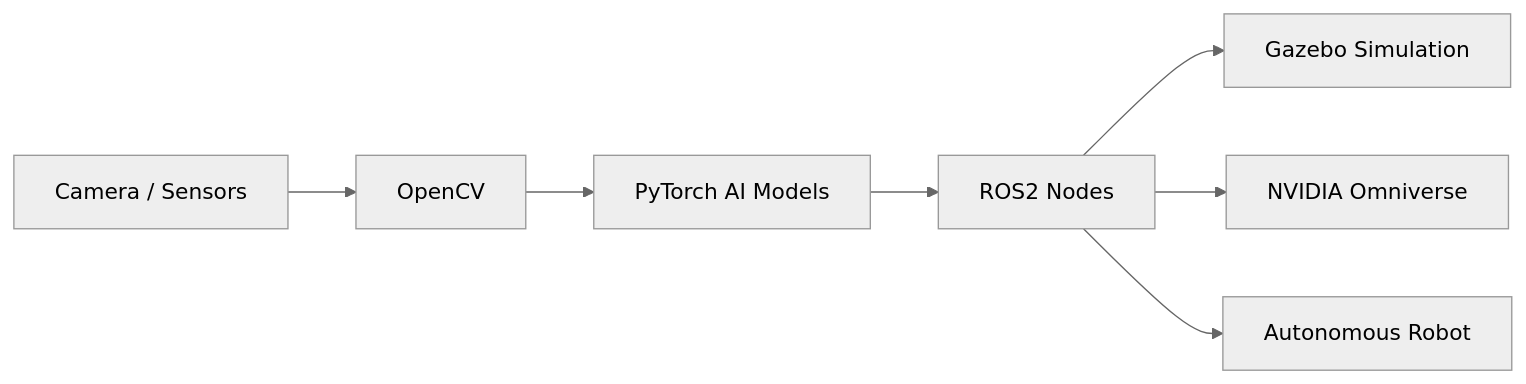
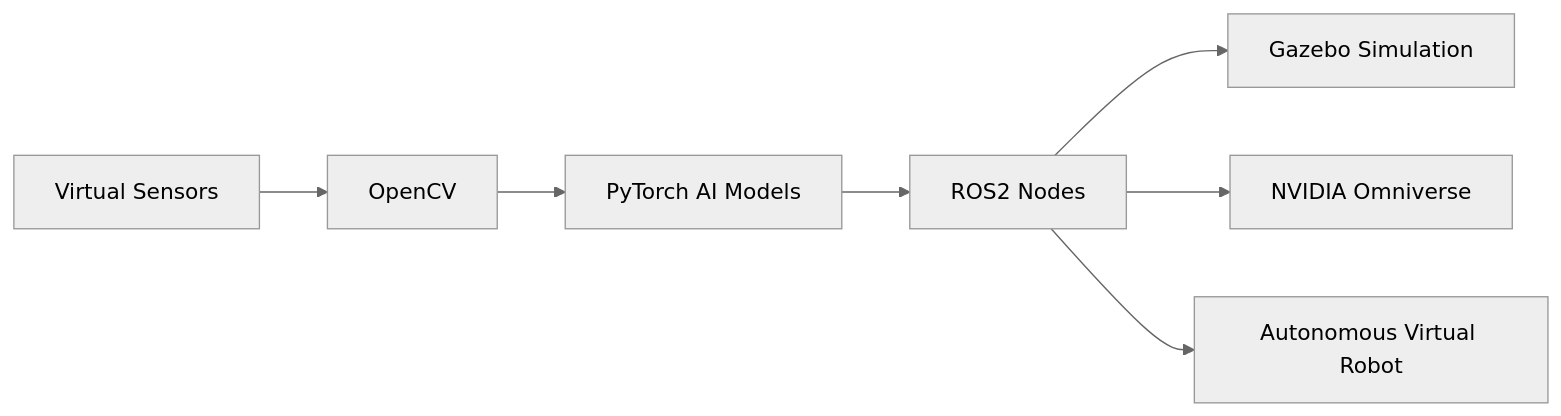
Before and after one commit to 1st-adambenjabbar/Robotics_Workspace_Guide: the diagram in README.md, drawn with Mermaid (neutral theme). The commit also changed other lines of this file, not shown here.

First line of the commit message:
Revise README for autonomous robotics simulation focus

````diff
--- a/README.md
+++ b/README.md
@@ -61,10 +61,10 @@
 ```mermaid
 graph LR
 
-A[Camera / Sensors] --> B[OpenCV]
+A[Virtual Sensors] --> B[OpenCV]
 B --> C[PyTorch AI Models]
 C --> D[ROS2 Nodes]
 D --> E[Gazebo Simulation]
 D --> F[NVIDIA Omniverse]
-D --> G[Autonomous Robot]
+D --> G[Autonomous Virtual Robot]
 ```
````
